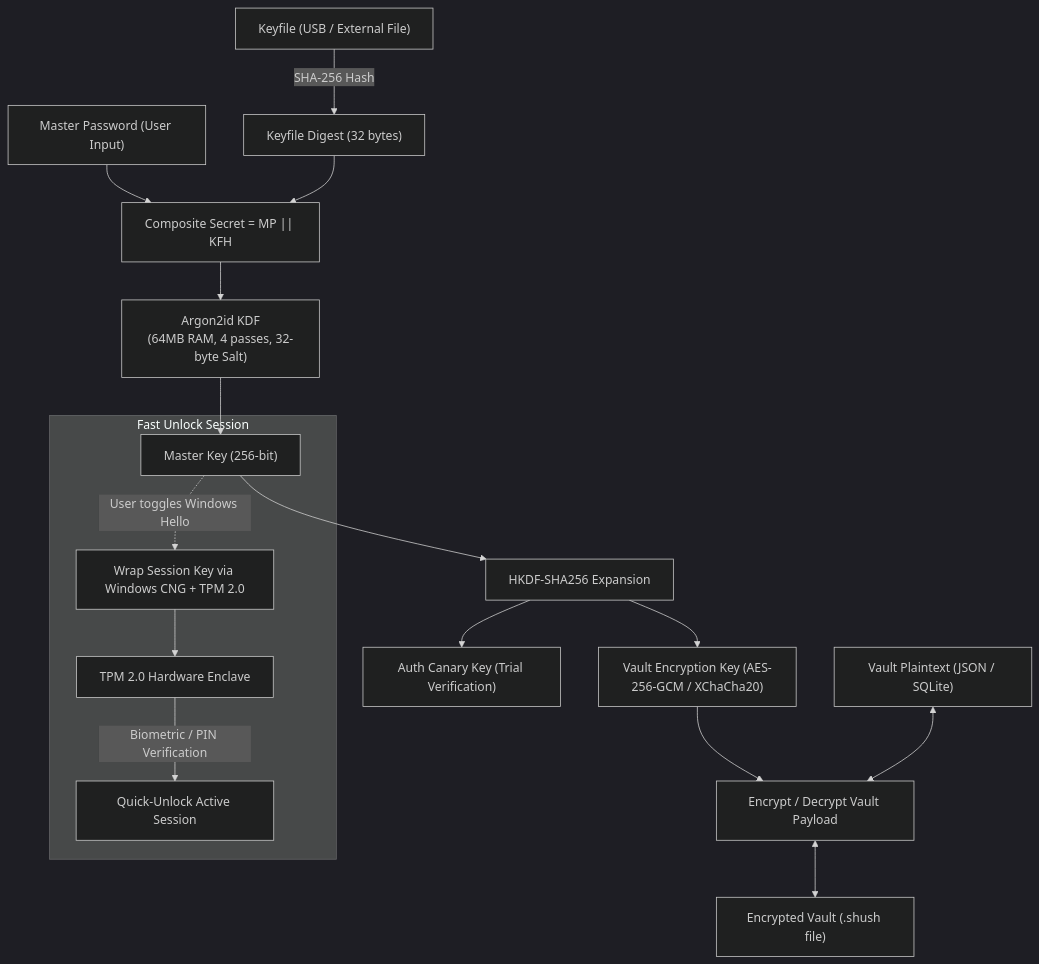
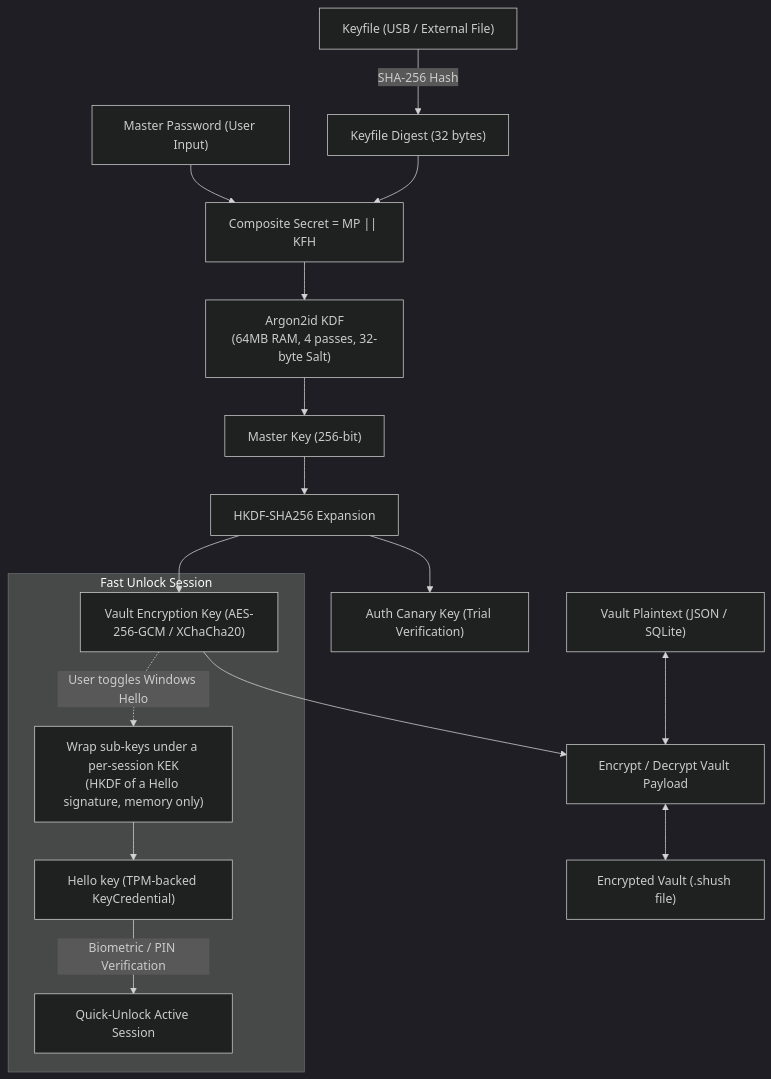
One commit to kash-talel/shush changed the first of 3 diagrams in docs/spec/architecture-plan.md. Above: the diagram before and after it, drawn with Mermaid (dark theme). The commit also changed other lines of this file and 4 other files, not shown here.

First line of the commit message:
fix(#7): Windows Hello ADR: KeyCredentialManager, memory-only session, lock = wipe (#67)

````diff
--- a/docs/spec/architecture-plan.md
+++ b/docs/spec/architecture-plan.md
@@ -14,23 +14,23 @@
 ```mermaid
 flowchart TD
     MP["Master Password (User Input)"]
     KF["Keyfile (USB / External File)"]
     
     KF -->|"SHA-256 Hash"| KFH["Keyfile Digest (32 bytes)"]
     MP & KFH --> Composite["Composite Secret = MP || KFH"]
     
     Composite --> KDF["Argon2id KDF\n(64MB RAM, 4 passes, 32-byte Salt)"]
     KDF --> MK["Master Key (256-bit)"]
     MK --> HKDF["HKDF-SHA256 Expansion"]
     HKDF --> VEK["Vault Encryption Key (AES-256-GCM / XChaCha20)"]
     HKDF --> VAK["Auth Canary Key (Trial Verification)"]
     
     VEK --> Encrypt["Encrypt / Decrypt Vault Payload"]
     Plaintext["Vault Plaintext (JSON / SQLite)"] <--> Encrypt <--> Ciphertext["Encrypted Vault (.shush file)"]
 
     subgraph Fast Unlock Session
-        MK -.->|"User toggles Windows Hello"| TPMWrap["Wrap Session Key via Windows CNG + TPM 2.0"]
-        TPMWrap --> TPMEnclave["TPM 2.0 Hardware Enclave"]
+        VEK -.->|"User toggles Windows Hello"| TPMWrap["Wrap sub-keys under a per-session KEK\n(HKDF of a Hello signature, memory only)"]
+        TPMWrap --> TPMEnclave["Hello key (TPM-backed KeyCredential)"]
         TPMEnclave -->|"Biometric / PIN Verification"| FastDecrypt["Quick-Unlock Active Session"]
     end
 ```
````
